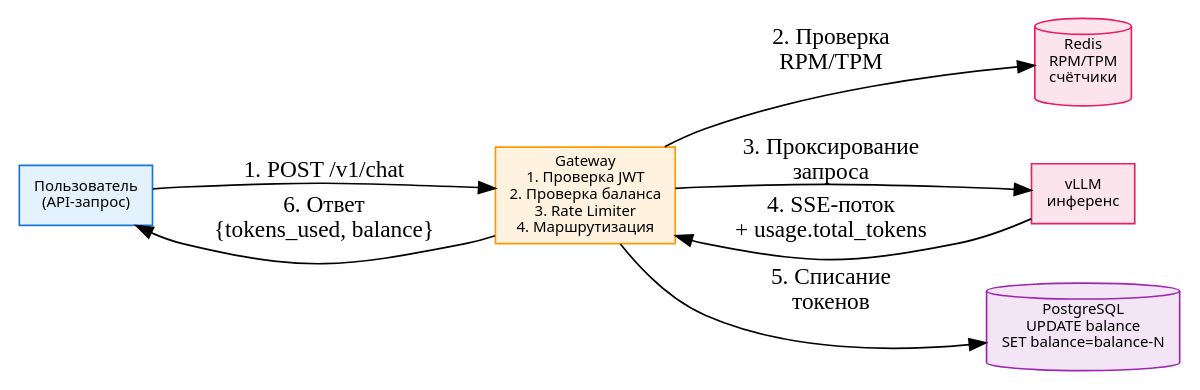
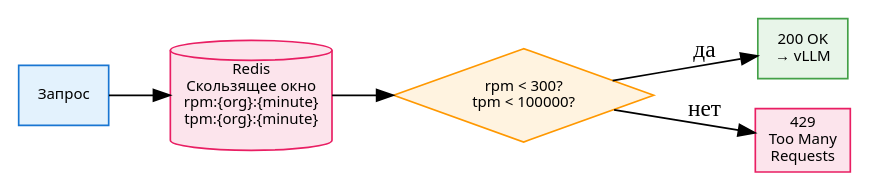
Before and after one commit to dedvmedved-dot/aither-project: diagram 13 of 21 in docs/training-manual/02-part2-deployment.md, drawn with Graphviz. The commit also changed other lines of this file, not shown here.

First line of the commit message:
fix: Часть II — строгое соответствие TOC. 70 KB, 18 DOT-схем, 20+ таблиц

````diff
--- a/docs/training-manual/02-part2-deployment.md
+++ b/docs/training-manual/02-part2-deployment.md
@@ -1392,20 +1168,20 @@
 ```dot
-digraph BillingFlow {
+digraph RateLimiter {
     rankdir=LR
     bgcolor="#ffffff"
     node [fontname="system-ui", fontsize=9]
 
-    client [label="Пользователь\n(API-запрос)", shape=box, style="filled", fillcolor="#e3f2fd", color="#1976d2"]
-    gateway [label="Gateway\n1. Проверка JWT\n2. Проверка баланса\n3. Rate Limiter\n4. Маршрутизация", shape=box, style="filled", fillcolor="#fff3e0", color="#ff9800"]
-    redis [label="Redis\nRPM/TPM\nсчётчики", shape=cylinder, style="filled", fillcolor="#fce4ec", color="#e91e63"]
-    vllm [label="vLLM\nинференс", shape=box, style="filled", fillcolor="#fce4ec", color="#e91e63"]
-    postgres [label="PostgreSQL\nUPDATE balance\nSET balance=balance-N", shape=cylinder, style="filled", fillcolor="#f3e5f5", color="#9c27b0"]
+    req [label="Запрос", shape=box, style="filled", fillcolor="#e3f2fd", color="#1976d2"]
 
-    client -> gateway [label="1. POST /v1/chat"]
-    gateway -> redis [label="2. Проверка\nRPM/TPM"]
-    gateway -> vllm [label="3. Проксирование\nзапроса"]
-    vllm -> gateway [label="4. SSE-поток\n+ usage.total_tokens"]
-    gateway -> postgres [label="5. Списание\nтокенов"]
-    gateway -> client [label="6. Ответ\n{tokens_used, balance}"]
+    redis [label="Redis\nСкользящее окно\nrpm:{org}:{minute}\ntpm:{org}:{minute}", shape=cylinder, style="filled", fillcolor="#fce4ec", color="#e91e63"]
+
+    check [label="rpm < 300?\ntpm < 100000?", shape=diamond, style="filled", fillcolor="#fff3e0", color="#ff9800"]
+
+    ok [label="200 OK\n→ vLLM", shape=box, style="filled", fillcolor="#e8f5e9", color="#43a047"]
+    deny [label="429\nToo Many\nRequests", shape=box, style="filled", fillcolor="#fce4ec", color="#e91e63"]
+
+    req -> redis -> check
+    check -> ok [label="да"]
+    check -> deny [label="нет"]
 }
 ```
````
